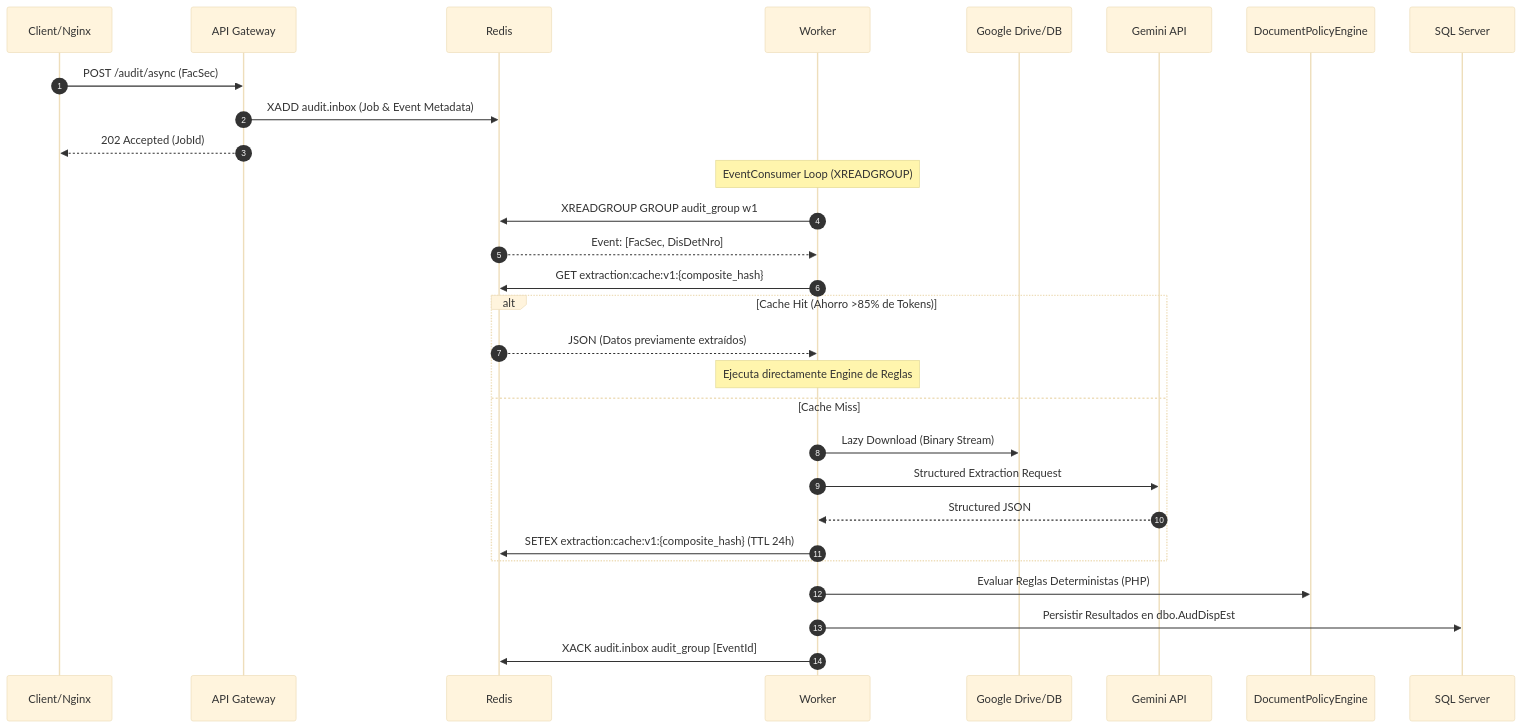
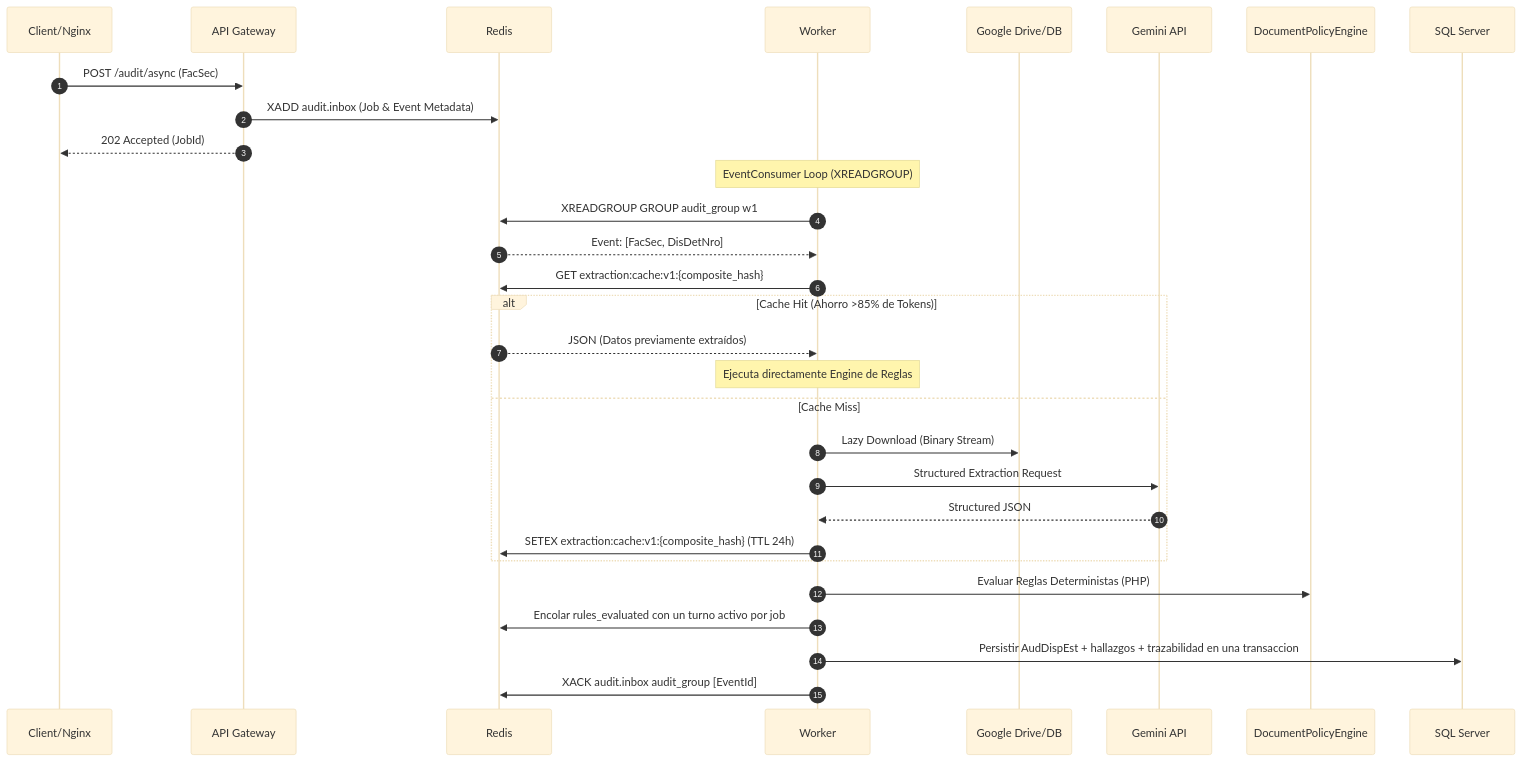
Before and after one commit to jfrem/AudFact: the first of 2 diagrams in plans/architecture-executive-report.md, drawn with Mermaid (base theme). The commit also changed other lines of this file and 128 other files, not shown here.

````diff
--- a/plans/architecture-executive-report.md
+++ b/plans/architecture-executive-report.md
@@ -365,23 +366,24 @@
 ```mermaid
 sequenceDiagram
     autonumber
     Client/Nginx->>API Gateway: POST /audit/async (FacSec)
     API Gateway->>Redis: XADD audit.inbox (Job & Event Metadata)
     API Gateway-->>Client/Nginx: 202 Accepted (JobId)
     Note over Worker: EventConsumer Loop (XREADGROUP)
     Worker->>Redis: XREADGROUP GROUP audit_group w1
     Redis-->>Worker: Event: [FacSec, DisDetNro]
     Worker->>Redis: GET extraction:cache:v1:{composite_hash}
     alt Cache Hit (Ahorro >85% de Tokens)
         Redis-->>Worker: JSON (Datos previamente extraídos)
         Note over Worker: Ejecuta directamente Engine de Reglas
     else Cache Miss
         Worker->>Google Drive/DB: Lazy Download (Binary Stream)
         Worker->>Gemini API: Structured Extraction Request
         Gemini API-->>Worker: Structured JSON
         Worker->>Redis: SETEX extraction:cache:v1:{composite_hash} (TTL 24h)
     end
     Worker->>DocumentPolicyEngine: Evaluar Reglas Deterministas (PHP)
-    Worker->>SQL Server: Persistir Resultados en dbo.AudDispEst
+    Worker->>Redis: Encolar rules_evaluated con un turno activo por job
+    Worker->>SQL Server: Persistir AudDispEst + hallazgos + trazabilidad en una transaccion
     Worker->>Redis: XACK audit.inbox audit_group [EventId]
 ```
````
